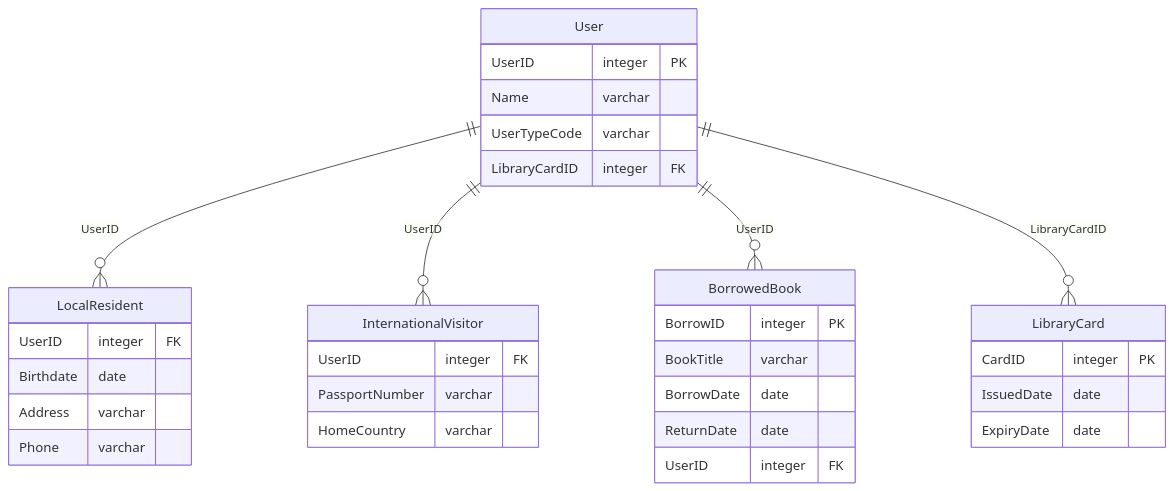
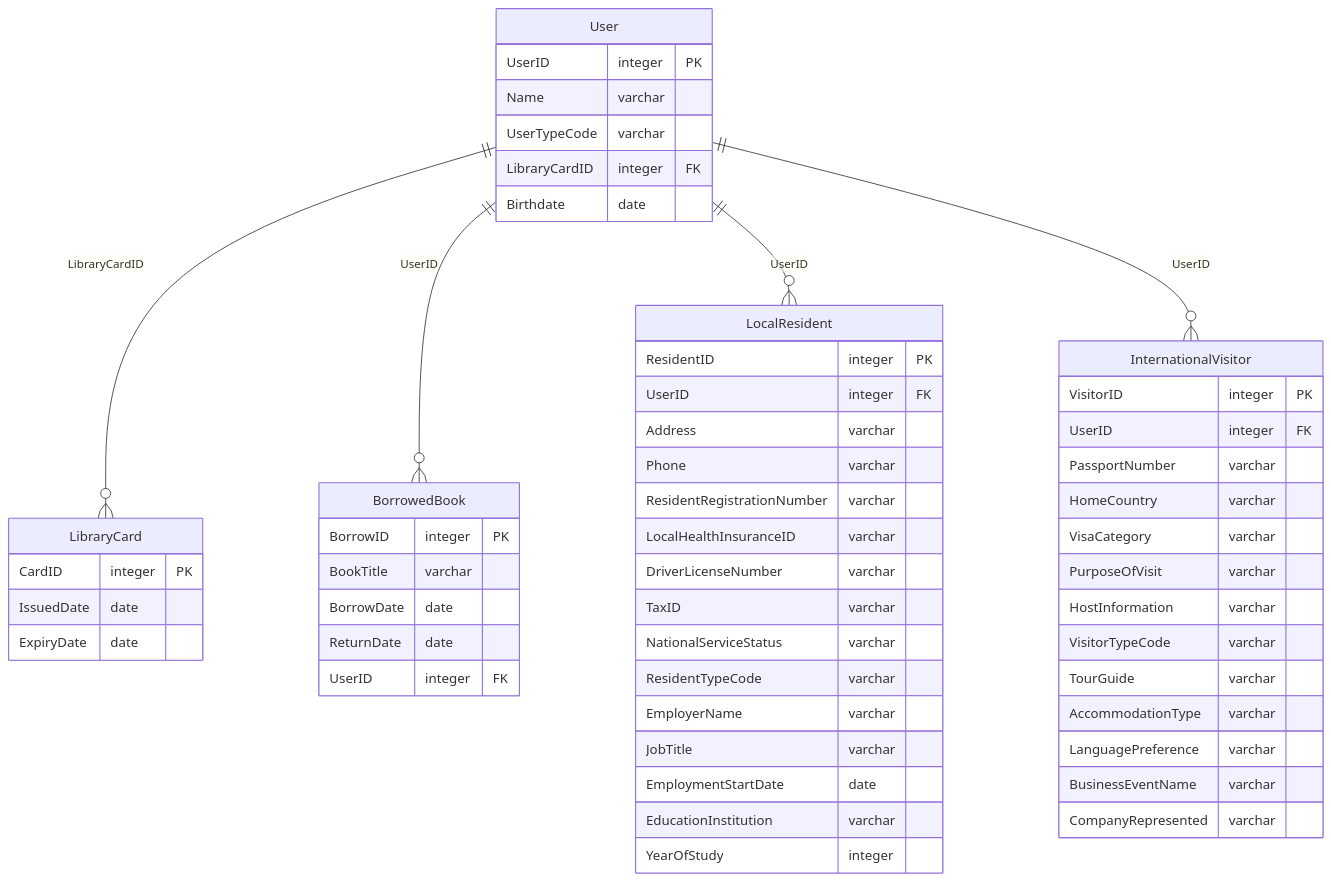
One commit to christopher3810/DevBookStudies changed the fifth of 6 diagrams in Database/관계형 데이터 모델링 핵심 가이드/6회차 슈퍼타입 과 서브타입/Ch6-1 슈퍼 타입 과 서브 타입 정의.md. Above: the diagram before and after it, drawn with Mermaid. The commit also changed other lines of this file, not shown here.

````diff
--- a/Database/관계형 데이터 모델링 핵심 가이드/6회차 슈퍼타입 과 서브타입/Ch6-1 슈퍼 타입 과 서브 타입 정의.md
+++ b/Database/관계형 데이터 모델링 핵심 가이드/6회차 슈퍼타입 과 서브타입/Ch6-1 슈퍼 타입 과 서브 타입 정의.md
@@ -142,43 +229,65 @@
 ```mermaid
 erDiagram
 
     User {
         UserID integer PK
         Name varchar
         UserTypeCode varchar
         LibraryCardID integer FK
+        Birthdate date
     }
 
     LocalResident {
+        ResidentID integer PK
         UserID integer FK
-        Birthdate date
         Address varchar
         Phone varchar
+        ResidentRegistrationNumber varchar
+        LocalHealthInsuranceID varchar
+        DriverLicenseNumber varchar
+        TaxID varchar
+        NationalServiceStatus varchar
+        ResidentTypeCode varchar
+        EmployerName varchar
+        JobTitle varchar
+        EmploymentStartDate date
+        EducationInstitution varchar
+        YearOfStudy integer
     }
 
     InternationalVisitor {
+        VisitorID integer PK
         UserID integer FK
         PassportNumber varchar
         HomeCountry varchar
+        VisaCategory varchar
+        PurposeOfVisit varchar
+        HostInformation varchar
+        VisitorTypeCode varchar
+        TourGuide varchar
+        AccommodationType varchar
+        LanguagePreference varchar
+        BusinessEventName varchar
+        CompanyRepresented varchar
     }
 
     LibraryCard {
         CardID integer PK
         IssuedDate date
         ExpiryDate date
     }
 
     BorrowedBook {
         BorrowID integer PK
         BookTitle varchar
         BorrowDate date
         ReturnDate date
         UserID integer FK
     }
 
+    User ||--o{ LibraryCard : LibraryCardID
+    User ||--o{ BorrowedBook : UserID
     User ||--o{ LocalResident : UserID
     User ||--o{ InternationalVisitor : UserID
-    User ||--o{ BorrowedBook : UserID
-    User ||--o{ LibraryCard : LibraryCardID
 
 ```
````
